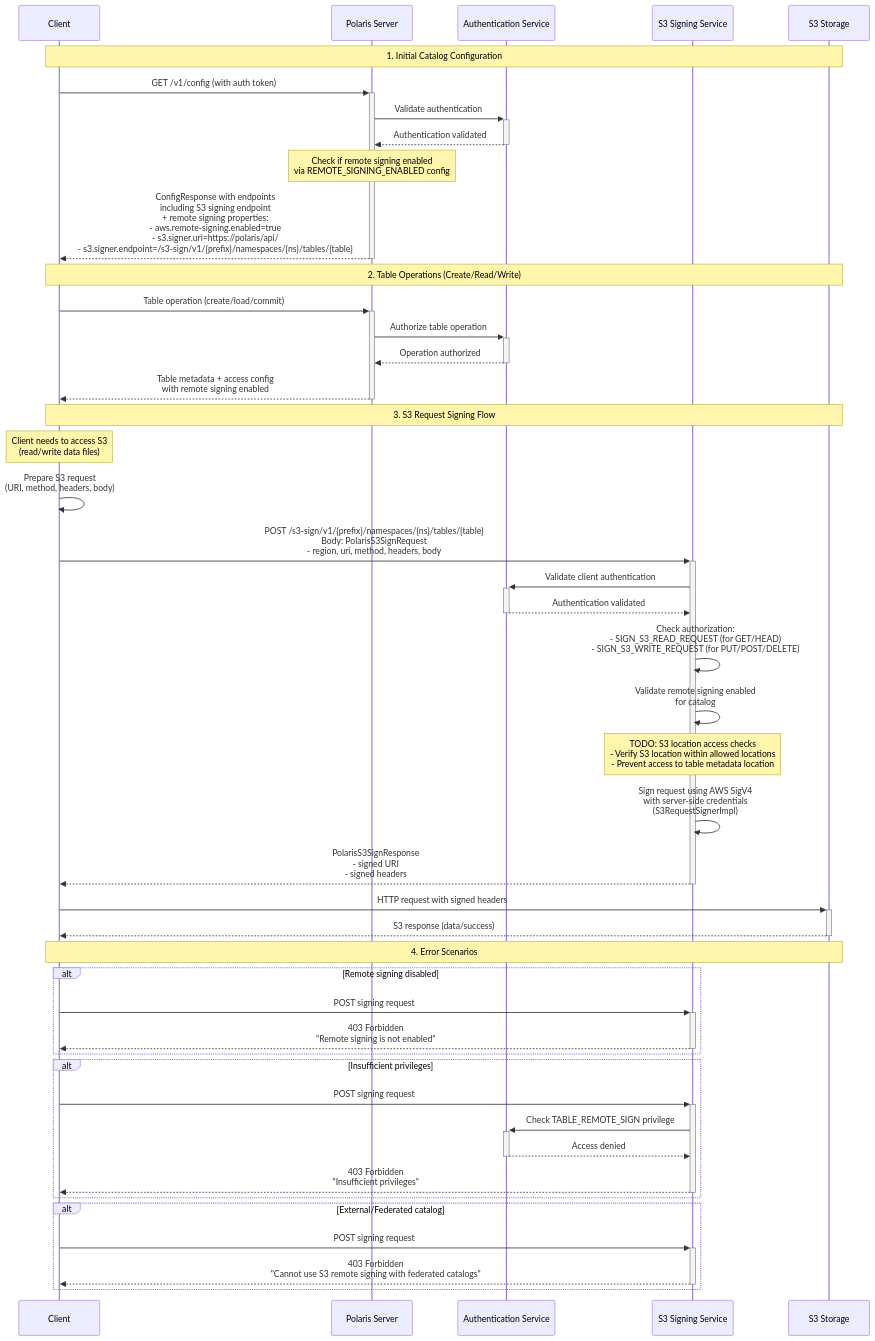
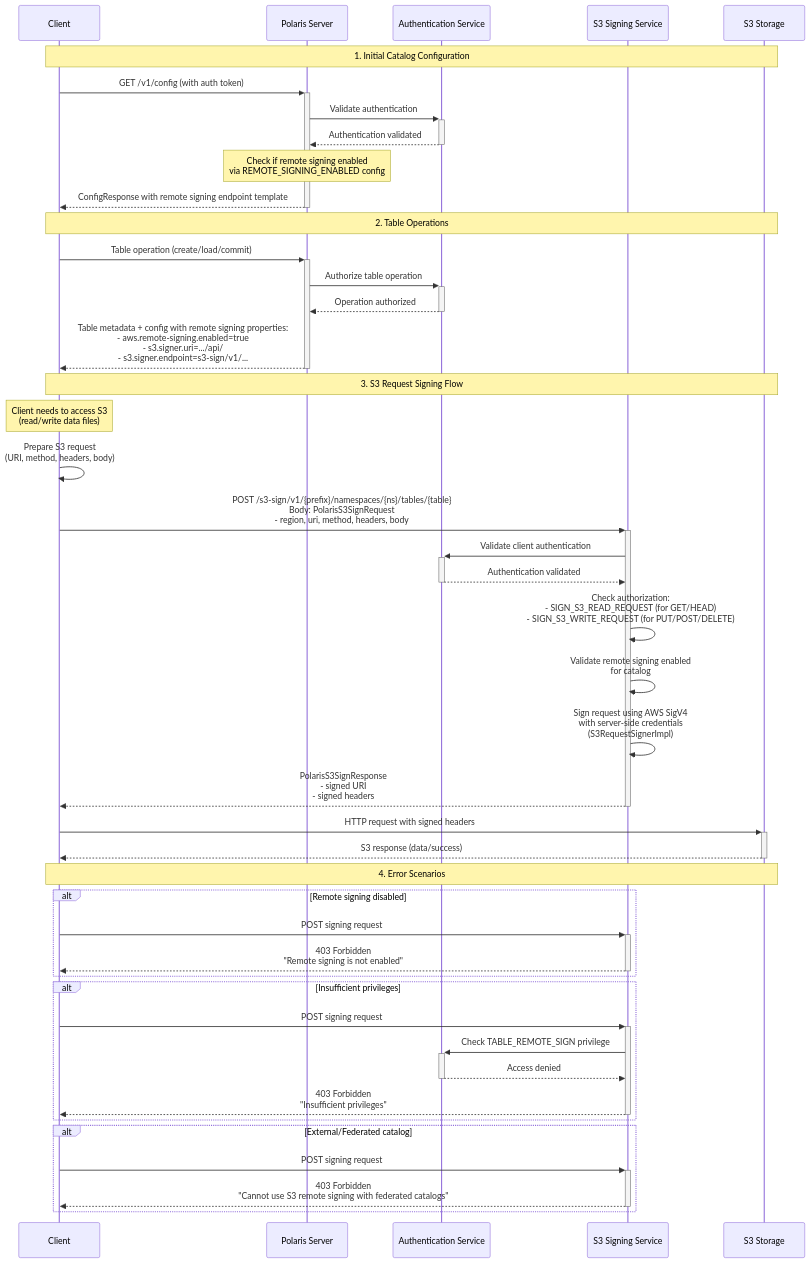
One commit to adutra/polaris changed the diagram in s3-remote-signing-sequence-diagram.md. Above: the diagram before and after it, drawn with Mermaid.

Commit message:
sequence diagram

````diff
--- a/s3-remote-signing-sequence-diagram.md
+++ b/s3-remote-signing-sequence-diagram.md
@@ -37,65 +37,63 @@
 ```mermaid
 sequenceDiagram
     participant Client
     participant PolarisServer as Polaris Server
     participant AuthService as Authentication Service
     participant SigningService as S3 Signing Service
     participant S3Storage as S3 Storage
 
     Note over Client, S3Storage: 1. Initial Catalog Configuration
     Client->>+PolarisServer: GET /v1/config (with auth token)
     PolarisServer->>+AuthService: Validate authentication
     AuthService-->>-PolarisServer: Authentication validated
     
     Note over PolarisServer: Check if remote signing enabled<br/>via REMOTE_SIGNING_ENABLED config
     
-    PolarisServer-->>-Client: ConfigResponse with endpoints<br/>including S3 signing endpoint<br/>+ remote signing properties:<br/>- aws.remote-signing.enabled=true<br/>- s3.signer.uri=https://polaris/api/<br/>- s3.signer.endpoint=/s3-sign/v1/{prefix}/namespaces/{ns}/tables/{table}
+    PolarisServer-->>-Client: ConfigResponse with remote signing endpoint template
 
-    Note over Client, S3Storage: 2. Table Operations (Create/Read/Write)
+    Note over Client, S3Storage: 2. Table Operations
     Client->>+PolarisServer: Table operation (create/load/commit)
     PolarisServer->>+AuthService: Authorize table operation
     AuthService-->>-PolarisServer: Operation authorized
-    PolarisServer-->>-Client: Table metadata + access config<br/>with remote signing enabled
+    PolarisServer-->>-Client: Table metadata + config with remote signing properties:<br/>- aws.remote-signing.enabled=true<br/>- s3.signer.uri=.../api/<br/>- s3.signer.endpoint=s3-sign/v1/...
 
     Note over Client, S3Storage: 3. S3 Request Signing Flow
     Note over Client: Client needs to access S3<br/>(read/write data files)
     
     Client->>Client: Prepare S3 request<br/>(URI, method, headers, body)
     
     Client->>+SigningService: POST /s3-sign/v1/{prefix}/namespaces/{ns}/tables/{table}<br/>Body: PolarisS3SignRequest<br/>- region, uri, method, headers, body
     
     SigningService->>+AuthService: Validate client authentication
     AuthService-->>-SigningService: Authentication validated
     
     SigningService->>SigningService: Check authorization:<br/>- SIGN_S3_READ_REQUEST (for GET/HEAD)<br/>- SIGN_S3_WRITE_REQUEST (for PUT/POST/DELETE)
     
     SigningService->>SigningService: Validate remote signing enabled<br/>for catalog
-    
-    Note over SigningService: TODO: S3 location access checks<br/>- Verify S3 location within allowed locations<br/>- Prevent access to table metadata location
     
     SigningService->>SigningService: Sign request using AWS SigV4<br/>with server-side credentials<br/>(S3RequestSignerImpl)
     
     SigningService-->>-Client: PolarisS3SignResponse<br/>- signed URI<br/>- signed headers
     
     Client->>+S3Storage: HTTP request with signed headers
     S3Storage-->>-Client: S3 response (data/success)
 
     Note over Client, S3Storage: 4. Error Scenarios
     
     alt Remote signing disabled
         Client->>+SigningService: POST signing request
         SigningService-->>-Client: 403 Forbidden<br/>"Remote signing is not enabled"
     end
     
     alt Insufficient privileges
         Client->>+SigningService: POST signing request
         SigningService->>+AuthService: Check TABLE_REMOTE_SIGN privilege
         AuthService-->>-SigningService: Access denied
         SigningService-->>-Client: 403 Forbidden<br/>"Insufficient privileges"
     end
     
     alt External/Federated catalog
         Client->>+SigningService: POST signing request
         SigningService-->>-Client: 403 Forbidden<br/>"Cannot use S3 remote signing with federated catalogs"
     end
 ```
````
